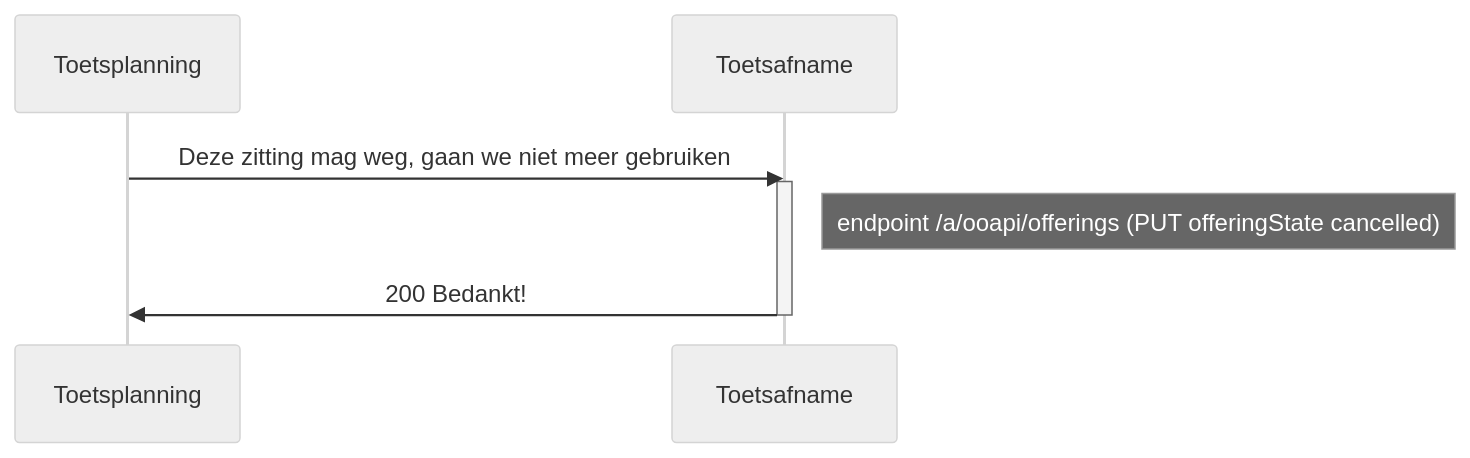
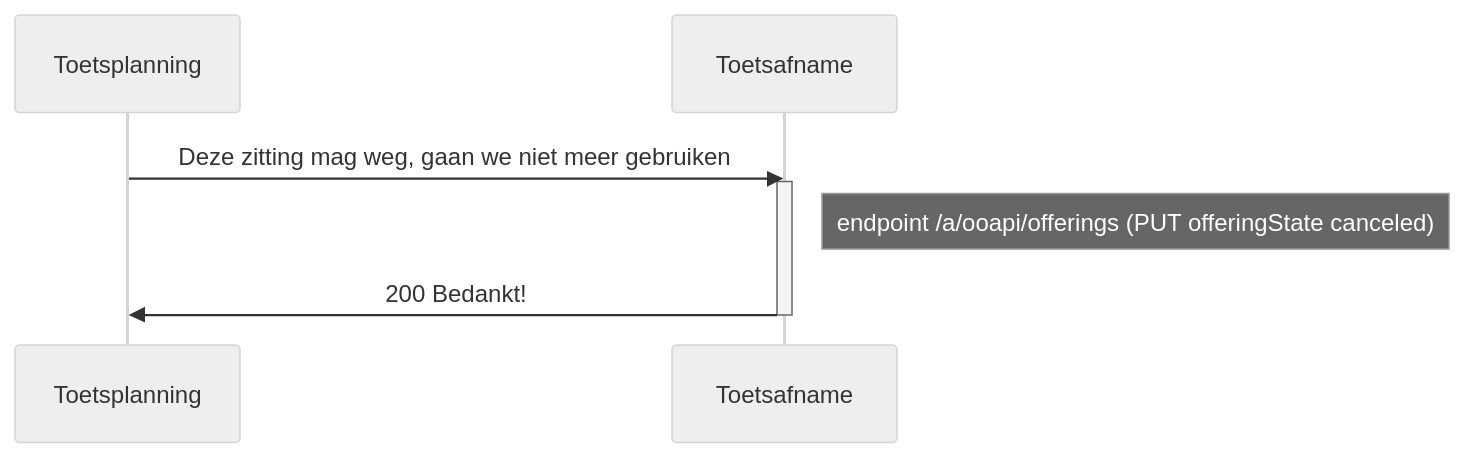
Before and after one commit to NetwerkExamineringDigitalisering/NED-OOAPI: the seventh of 8 diagrams in doc/diagrams/flow2.md, drawn with Mermaid (neutral theme). The commit also changed other lines of this file, not shown here.

````diff
--- a/doc/diagrams/flow2.md
+++ b/doc/diagrams/flow2.md
@@ -242,8 +242,8 @@
 ```mermaid
 sequenceDiagram
     Toetsplanning->>Toetsafname: Deze zitting mag weg, gaan we niet meer gebruiken
     activate Toetsafname
-    Note right of Toetsafname: endpoint /a/ooapi/offerings (PUT offeringState cancelled)
+    Note right of Toetsafname: endpoint /a/ooapi/offerings (PUT offeringState canceled)
     Toetsafname->>Toetsplanning: 200 Bedankt!
     deactivate Toetsafname
 ```
````
